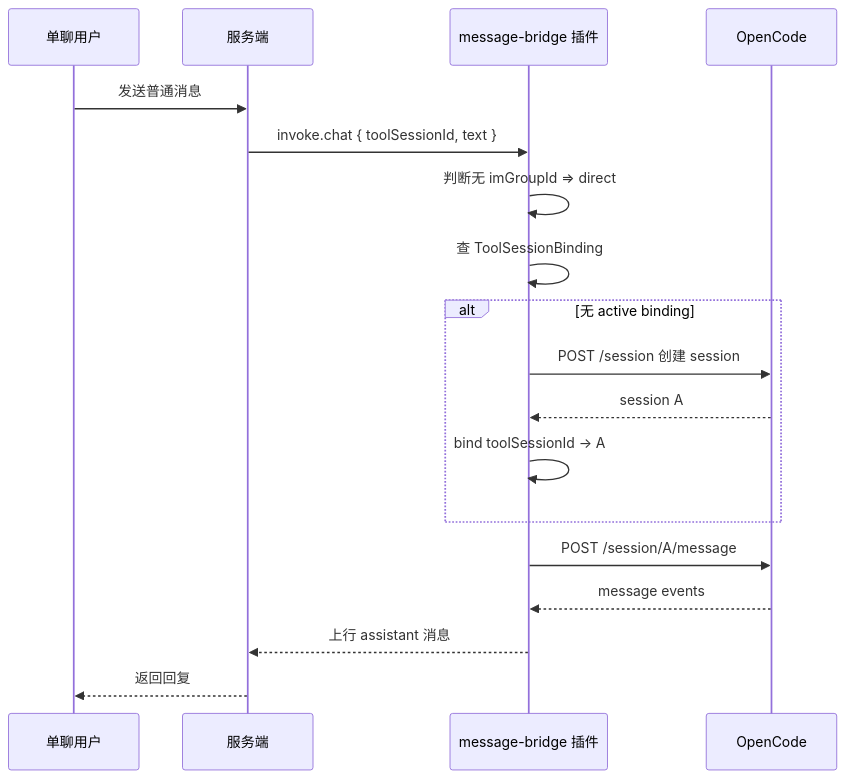
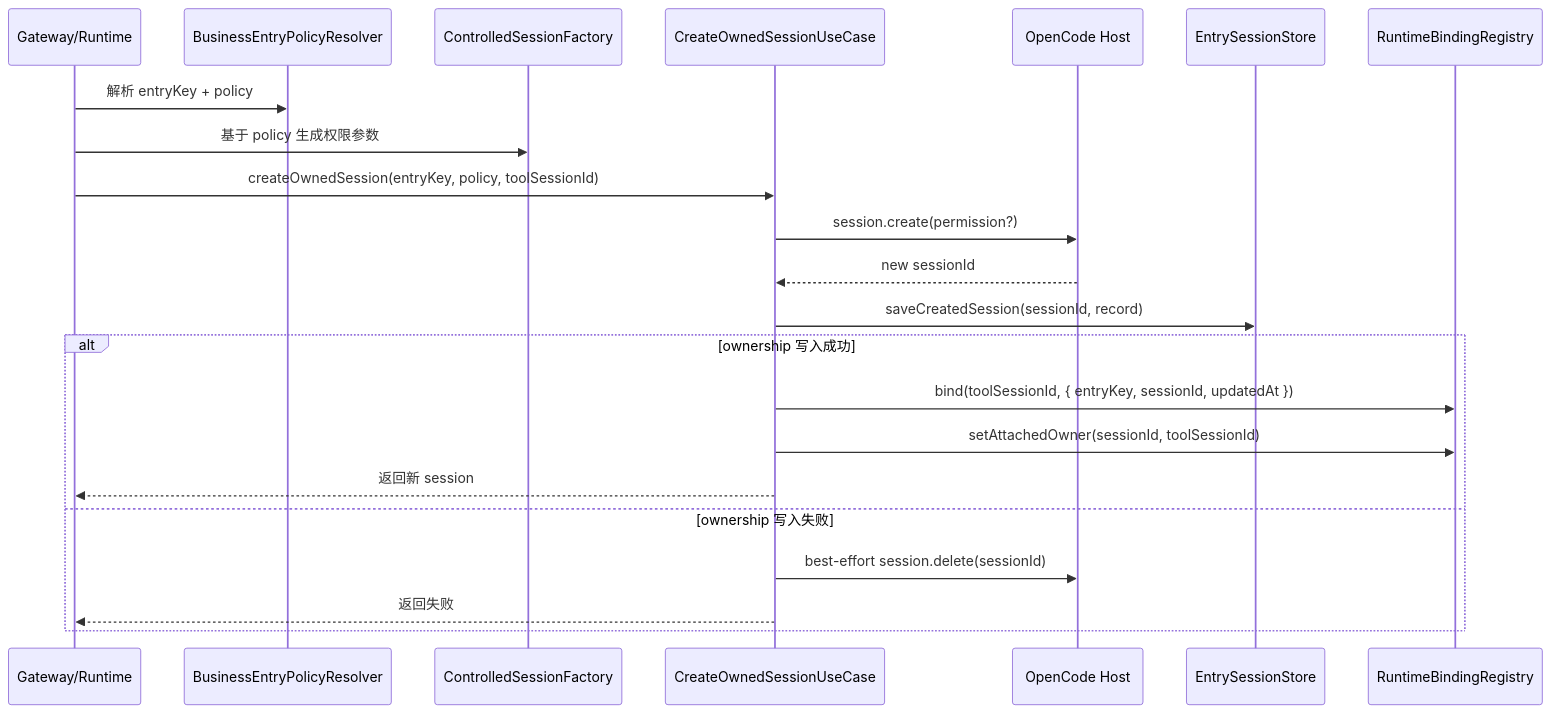
The fifth of 18 diagrams in docs/design/message-bridge-opencode-session-isolation-solution.md (yuzhangCZ/agent-plugin), drawn with Mermaid before and after one commit. The commit also changed other lines of this file and 1 other file, not shown here.

Commit message:
docs(message-bridge): 补齐 opencode 会话隔离设计与控制面接口

````diff
--- a/docs/design/message-bridge-opencode-session-isolation-solution.md
+++ b/docs/design/message-bridge-opencode-session-isolation-solution.md
@@ -328,21 +656,25 @@
 ```mermaid
 sequenceDiagram
-  participant User as 单聊用户
-  participant Server as 服务端
-  participant Plugin as message-bridge 插件
-  participant OpenCode as OpenCode
+  participant Gateway as Gateway/Runtime
+  participant Policy as BusinessEntryPolicyResolver
+  participant Factory as ControlledSessionFactory
+  participant UseCase as CreateOwnedSessionUseCase
+  participant Host as OpenCode Host
+  participant Store as EntrySessionStore
+  participant Binding as RuntimeBindingRegistry
 
-  User->>Server: 发送普通消息
-  Server->>Plugin: invoke.chat { toolSessionId, text }
-  Plugin->>Plugin: 判断无 imGroupId => direct
-  Plugin->>Plugin: 查 ToolSessionBinding
-  alt 无 active binding
-    Plugin->>OpenCode: POST /session 创建 session
-    OpenCode-->>Plugin: session A
-    Plugin->>Plugin: bind toolSessionId -> A
+  Gateway->>Policy: 解析 entryKey + policy
+  Gateway->>Factory: 基于 policy 生成权限参数
+  Gateway->>UseCase: createOwnedSession(entryKey, policy, toolSessionId)
+  UseCase->>Host: session.create(permission?)
+  Host-->>UseCase: new sessionId
+  UseCase->>Store: saveCreatedSession(sessionId, record)
+  alt ownership 写入成功
+    UseCase->>Binding: bind(toolSessionId, { entryKey, sessionId, updatedAt })
+    UseCase->>Binding: setAttachedOwner(sessionId, toolSessionId)
+    UseCase-->>Gateway: 返回新 session
+  else ownership 写入失败
+    UseCase->>Host: best-effort session.delete(sessionId)
+    UseCase-->>Gateway: 返回失败
   end
-  Plugin->>OpenCode: POST /session/A/message
-  OpenCode-->>Plugin: message events
-  Plugin-->>Server: 上行 assistant 消息
-  Server-->>User: 返回回复
 ```
````
